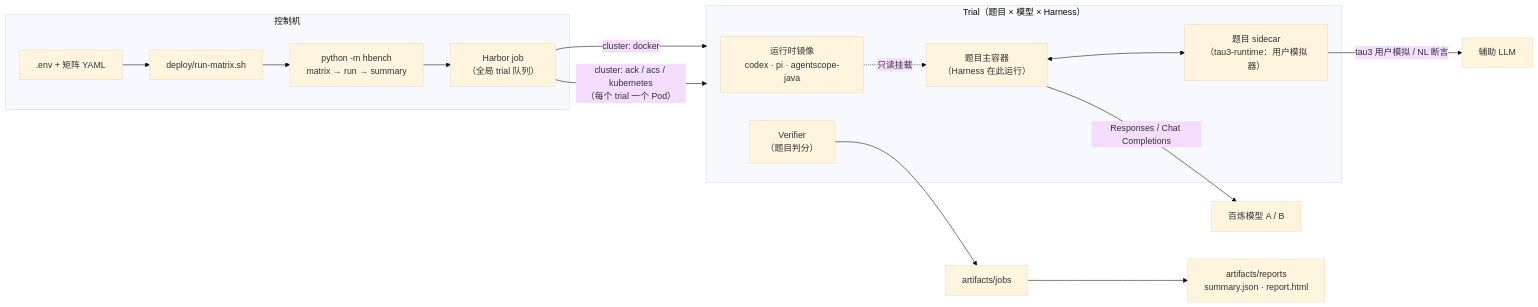
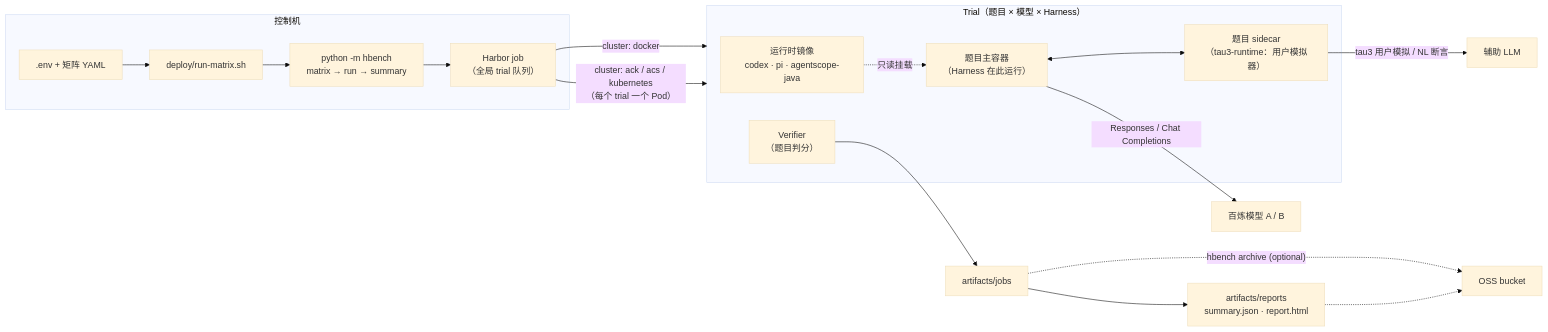
Before and after one commit to agentscope-community/harness-bench: the diagram in README_zh.md, drawn with Mermaid (base theme). The commit also changed other lines of this file and 14 other files, not shown here.

First line of the commit message:
Add best-effort OSS archive and fix tau3 env plus request write

````diff
--- a/README_zh.md
+++ b/README_zh.md
@@ -25,21 +33,23 @@
 ```mermaid
 flowchart LR
   subgraph Controller["控制机"]
     ENV[".env + 矩阵 YAML"] --> SH["deploy/run-matrix.sh"]
     SH --> CLI["python -m hbench<br/>matrix → run → summary"]
     CLI --> JOB["Harbor job<br/>（全局 trial 队列）"]
   end
 
   JOB -- "cluster: docker" --> T
   JOB -- "cluster: ack / acs / kubernetes<br/>（每个 trial 一个 Pod）" --> T
 
   subgraph T["Trial（题目 × 模型 × Harness）"]
     RT["运行时镜像<br/>codex · pi · agentscope-java"] -. "只读挂载" .-> MAIN["题目主容器<br/>（Harness 在此运行）"]
     MAIN <--> SC["题目 sidecar<br/>（tau3-runtime：用户模拟器）"]
     VER["Verifier<br/>（题目判分）"]
   end
 
   MAIN -- "Responses / Chat Completions" --> LLM["百炼模型 A / B"]
   SC -- "tau3 用户模拟 / NL 断言" --> AUX["辅助 LLM"]
   VER --> OUT["artifacts/jobs"] --> REP["artifacts/reports<br/>summary.json · report.html"]
+  OUT -. "hbench archive (optional)" .-> OSS["OSS bucket"]
+  REP -.-> OSS
 ```
````
